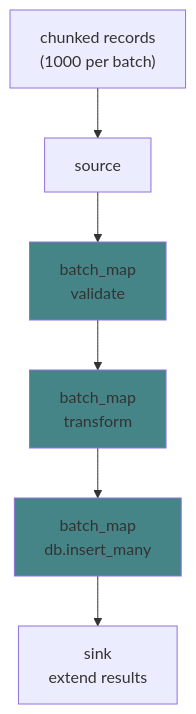
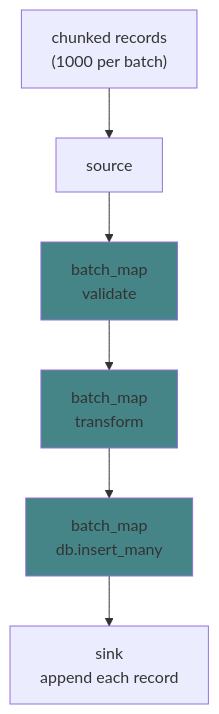
One commit to IsaacTay/akayu changed the eighth of 9 diagrams in docs/features/batch-processing.md. Above: the diagram before and after it, drawn with Mermaid. The commit also changed other lines of this file and 19 other files, not shown here.

````diff
--- a/docs/features/batch-processing.md
+++ b/docs/features/batch-processing.md
@@ -324,12 +343,12 @@
 ```mermaid
 flowchart TD
     I["chunked records<br/>(1000 per batch)"] --> S[source]
     S --> V["batch_map<br/>validate"]
     V --> T["batch_map<br/>transform"]
     T --> D["batch_map<br/>db.insert_many"]
-    D --> K["sink<br/>extend results"]
+    D --> K["sink<br/>append each record"]
 
     style V fill:#458588
     style T fill:#458588
     style D fill:#458588
 ```
````
